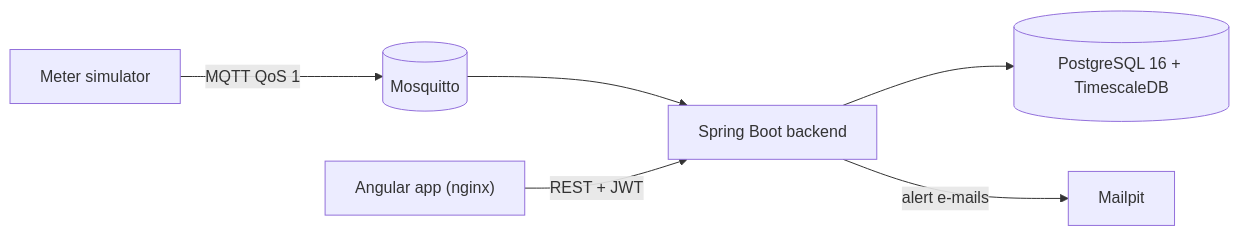
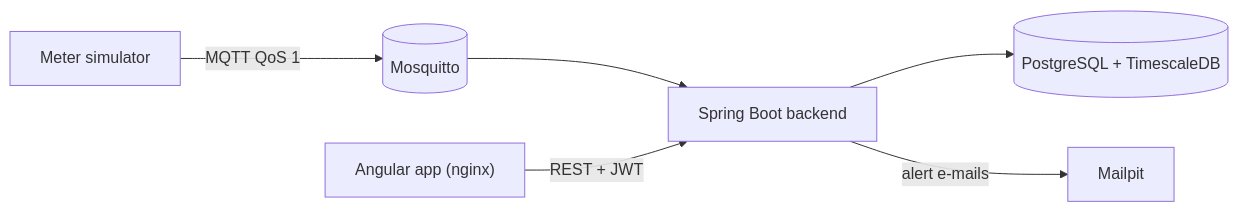
Before and after one commit to himmimed/telereleve-platform: the diagram in README.md, drawn with Mermaid. The commit also changed other lines of this file and 5 other files, not shown here.

````diff
--- a/README.md
+++ b/README.md
@@ -85,8 +34,8 @@
 ```mermaid
 flowchart LR
     SIM[Meter simulator] -- "MQTT QoS 1" --> MQ[(Mosquitto)]
     MQ --> BE[Spring Boot backend]
-    BE --> DB[(PostgreSQL 16 + TimescaleDB)]
+    BE --> DB[(PostgreSQL + TimescaleDB)]
     BE -- "alert e-mails" --> MAIL[Mailpit]
     FE["Angular app (nginx)"] -- "REST + JWT" --> BE
 ```
````
